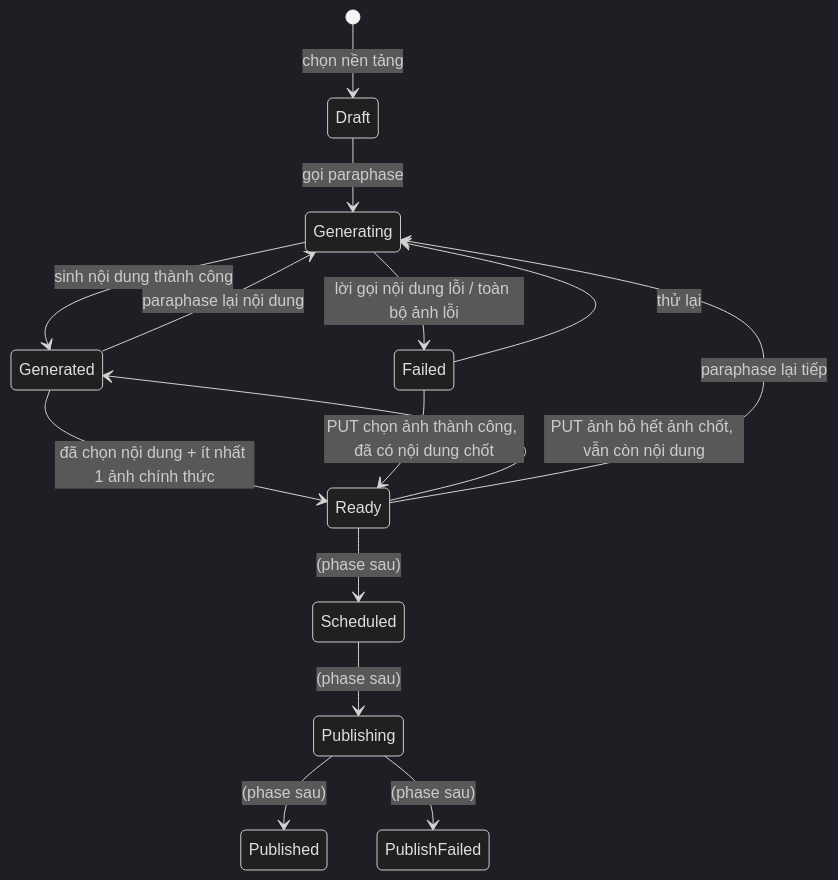
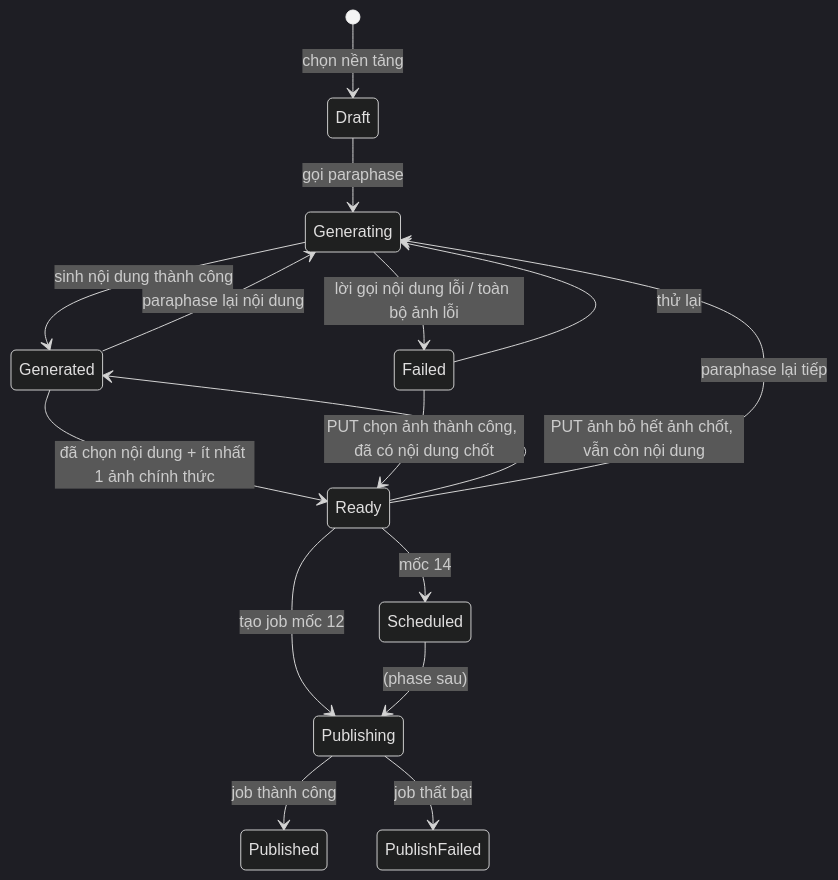
The diagram in hoatheomua-documentation/Service - PostGen/Plan.md (TaskCoper/hoatheomua-be), drawn with Mermaid (dark theme) before and after one commit. The commit also changed other lines of this file and 68 other files, not shown here.

````diff
--- a/hoatheomua-documentation/Service - PostGen/Plan.md
+++ b/hoatheomua-documentation/Service - PostGen/Plan.md
@@ -143,17 +143,18 @@
 ```mermaid
 stateDiagram-v2
     [*] --> Draft: chọn nền tảng
     Draft --> Generating: gọi paraphase
     Generating --> Generated: sinh nội dung thành công
     Generating --> Failed: lời gọi nội dung lỗi / toàn bộ ảnh lỗi
     Failed --> Generating: thử lại
     Generated --> Generating: paraphase lại nội dung
     Generated --> Ready: đã chọn nội dung + ít nhất 1 ảnh chính thức
     Ready --> Generated: PUT ảnh bỏ hết ảnh chốt, vẫn còn nội dung
     Failed --> Ready: PUT chọn ảnh thành công, đã có nội dung chốt
     Ready --> Generating: paraphase lại tiếp
-    Ready --> Scheduled: (phase sau)
+    Ready --> Publishing: tạo job mốc 12
+    Ready --> Scheduled: mốc 14
     Scheduled --> Publishing: (phase sau)
-    Publishing --> Published: (phase sau)
-    Publishing --> PublishFailed: (phase sau)
+    Publishing --> Published: job thành công
+    Publishing --> PublishFailed: job thất bại
 ```
````
